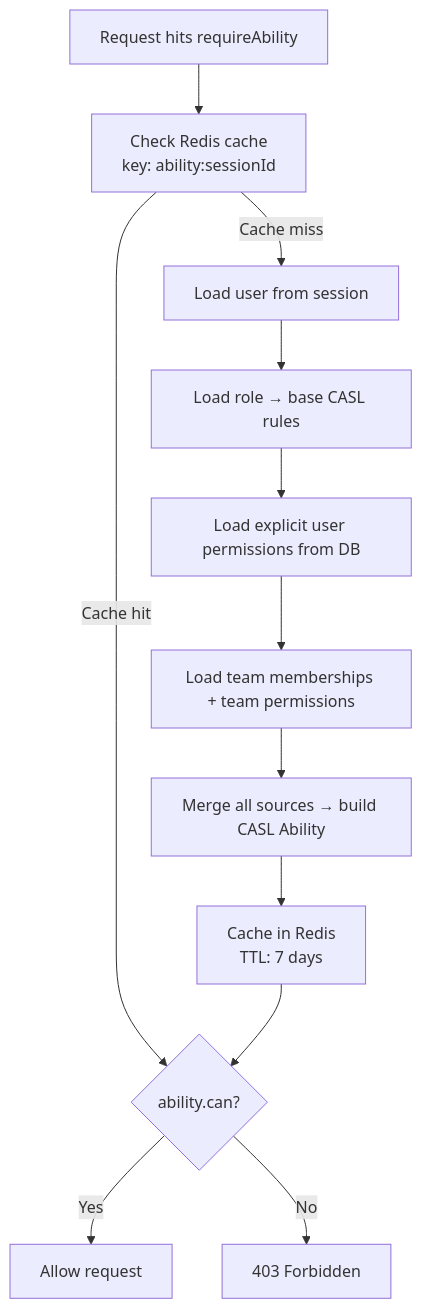
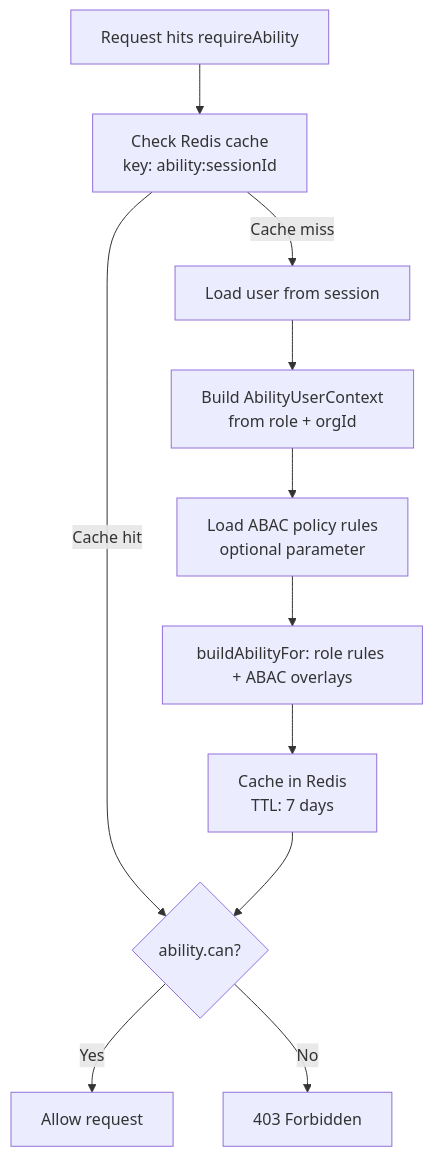
The third of 3 diagrams in docs/detail-design/auth-rbac-abac-comprehensive.md (b-knowledge-solution/b-knowledge), drawn with Mermaid before and after one commit. The commit also changed other lines of this file and 9 other files, not shown here.

````diff
--- a/docs/detail-design/auth-rbac-abac-comprehensive.md
+++ b/docs/detail-design/auth-rbac-abac-comprehensive.md
@@ -126,14 +130,13 @@
 ```mermaid
 flowchart TD
     A[Request hits requireAbility] --> B[Check Redis cache<br/>key: ability:sessionId]
     B -->|Cache hit| H{ability.can?}
     B -->|Cache miss| C[Load user from session]
-    C --> D[Load role → base CASL rules]
-    D --> E[Load explicit user permissions from DB]
-    E --> F[Load team memberships + team permissions]
-    F --> G[Merge all sources → build CASL Ability]
+    C --> D[Build AbilityUserContext<br/>from role + orgId]
+    D --> E[Load ABAC policy rules<br/>optional parameter]
+    E --> G[buildAbilityFor: role rules + ABAC overlays]
     G --> CACHE[Cache in Redis<br/>TTL: 7 days]
     CACHE --> H
     H -->|Yes| ALLOW[Allow request]
     H -->|No| DENY[403 Forbidden]
 ```
````
